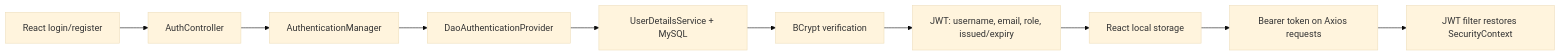
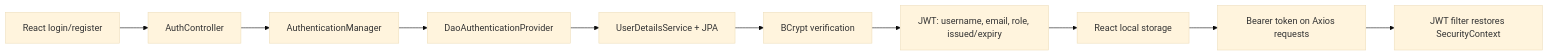
The diagram in README.md (utkarshk08/SkillSphere), drawn with Mermaid (base theme) before and after one commit. The commit also changed other lines of this file and 33 other files, not shown here.

````diff
--- a/README.md
+++ b/README.md
@@ -36,12 +37,12 @@
 ```mermaid
 flowchart LR
     A["React login/register"] --> B["AuthController"]
     B --> C["AuthenticationManager"]
     C --> D["DaoAuthenticationProvider"]
-    D --> E["UserDetailsService + MySQL"]
+    D --> E["UserDetailsService + JPA"]
     E --> F["BCrypt verification"]
     F --> G["JWT: username, email, role, issued/expiry"]
     G --> H["React local storage"]
     H --> I["Bearer token on Axios requests"]
     I --> J["JWT filter restores SecurityContext"]
 ```
````
